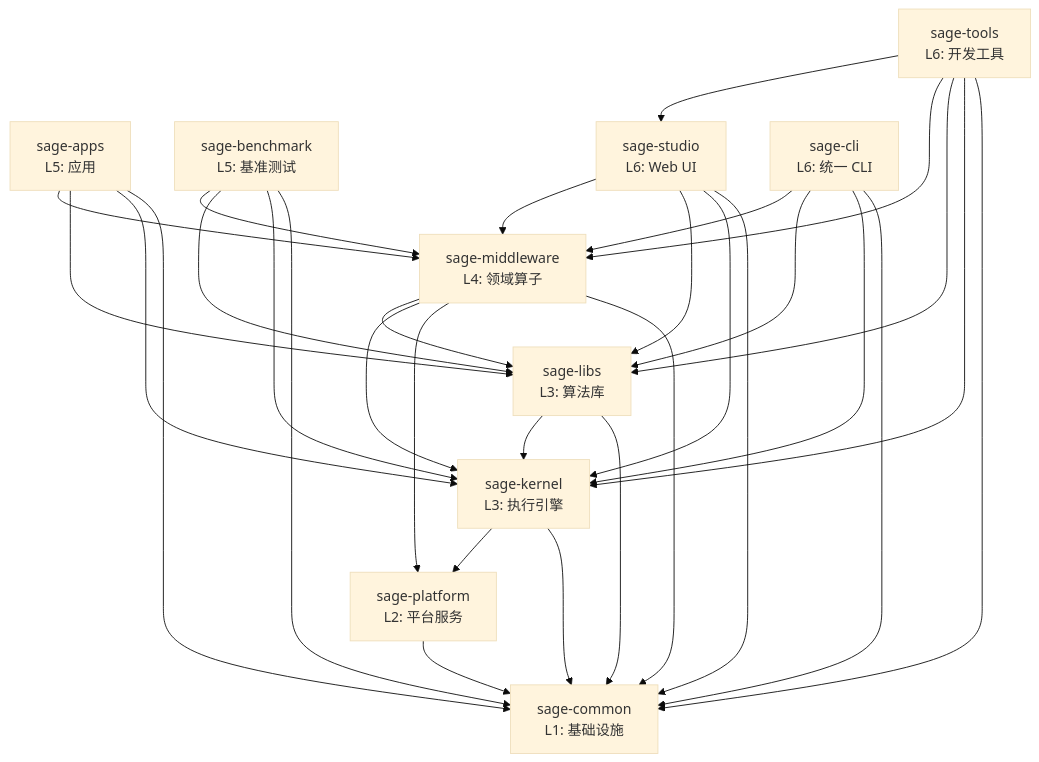
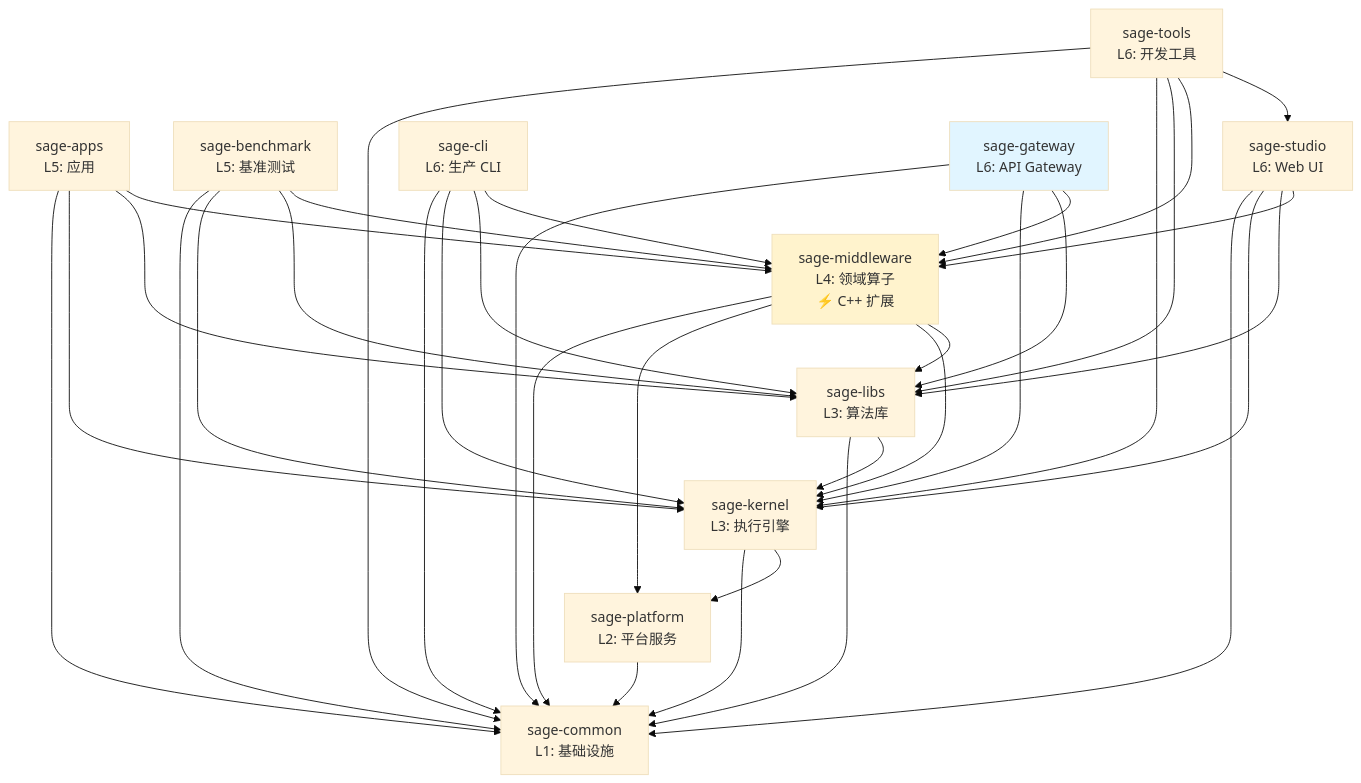
The diagram in docs_src/concepts/architecture/package-structure.md (intellistream/SAGE-Pub), drawn with Mermaid (base theme) before and after one commit. The commit also changed other lines of this file and 19 other files, not shown here.

Commit message:
docs: refresh docs-src to match latest architecture

````diff
--- a/docs_src/concepts/architecture/package-structure.md
+++ b/docs_src/concepts/architecture/package-structure.md
@@ -24,56 +29,65 @@
 ```mermaid
 graph TD
     common[sage-common<br/>L1: 基础设施]
 
     platform[sage-platform<br/>L2: 平台服务]
 
     kernel[sage-kernel<br/>L3: 执行引擎]
     libs[sage-libs<br/>L3: 算法库]
 
-    middleware[sage-middleware<br/>L4: 领域算子]
+    middleware[sage-middleware<br/>L4: 领域算子<br/>⚡ C++ 扩展]
 
     apps[sage-apps<br/>L5: 应用]
     benchmark[sage-benchmark<br/>L5: 基准测试]
 
     studio[sage-studio<br/>L6: Web UI]
-    cli[sage-cli<br/>L6: 统一 CLI]
+    cli[sage-cli<br/>L6: 生产 CLI]
     tools[sage-tools<br/>L6: 开发工具]
+    gateway[sage-gateway<br/>L6: API Gateway]
 
     platform --> common
 
     kernel --> common
     kernel --> platform
     libs --> common
     libs --> kernel
 
     middleware --> common
     middleware --> platform
     middleware --> kernel
     middleware --> libs
 
     apps --> common
     apps --> kernel
     apps --> libs
     apps --> middleware
 
     benchmark --> common
     benchmark --> kernel
     benchmark --> libs
     benchmark --> middleware
 
     studio --> common
     studio --> kernel
     studio --> libs
     studio --> middleware
 
     cli --> common
     cli --> kernel
     cli --> libs
     cli --> middleware
 
     tools --> common
     tools --> kernel
     tools --> libs
     tools --> middleware
     tools --> studio
+
+    gateway --> common
+    gateway --> kernel
+    gateway --> libs
+    gateway --> middleware
+
+    style middleware fill:#fff3cd
+    style gateway fill:#e1f5ff
 ```
````
